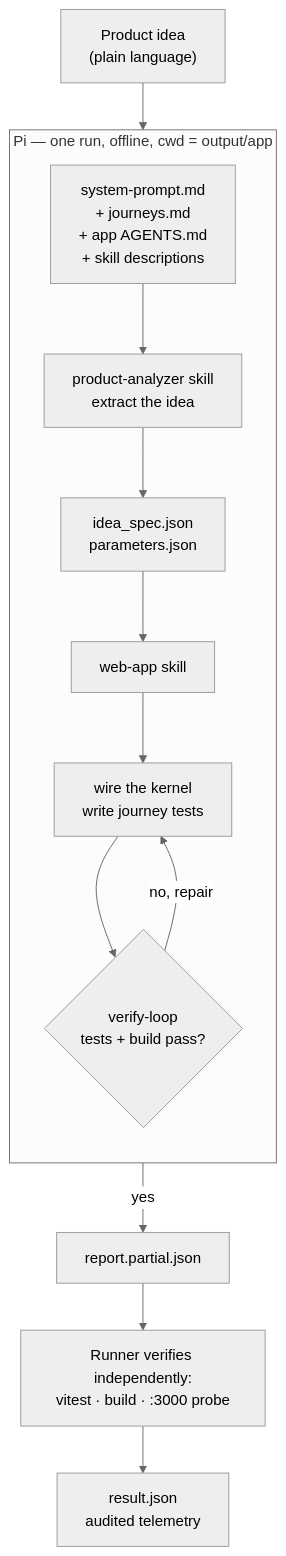
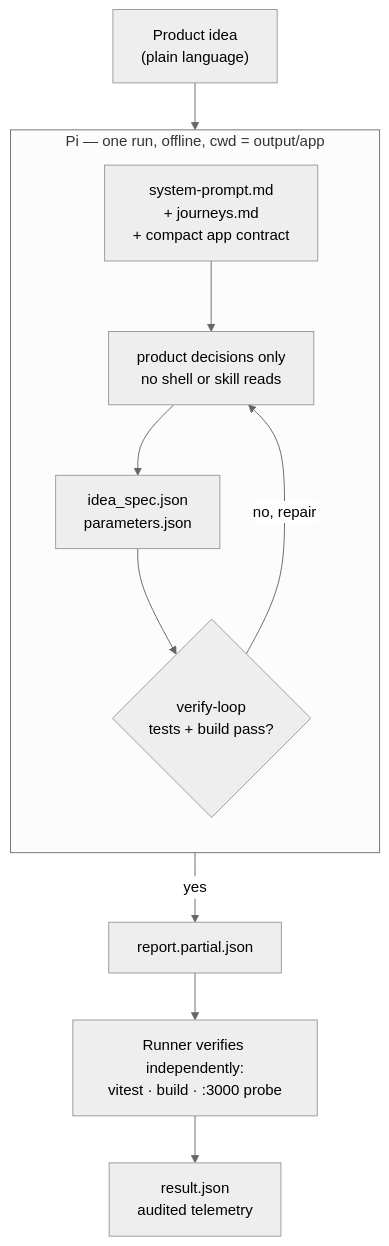
One commit to markus-marandi/agentcofounder changed the diagram in README.md. Above: the diagram before and after it, drawn with Mermaid (neutral theme). The commit also changed other lines of this file and 5 other files, not shown here.

````diff
--- a/README.md
+++ b/README.md
@@ -18,21 +18,19 @@
 ```mermaid
 flowchart TD
     idea["Product idea<br/>(plain language)"] --> pi
 
     subgraph pi["Pi — one run, offline, cwd = output/app"]
         direction TB
-        prompt["system-prompt.md<br/>+ journeys.md<br/>+ app AGENTS.md<br/>+ skill descriptions"]
-        analyzer["product-analyzer skill<br/>extract the idea"]
+        prompt["system-prompt.md<br/>+ journeys.md<br/>+ compact app contract"]
+        decisions["product decisions only<br/>no shell or skill reads"]
         spec["idea_spec.json<br/>parameters.json"]
-        route["web-app skill"]
-        build["wire the kernel<br/>write journey tests"]
         loop{"verify-loop<br/>tests + build pass?"}
 
-        prompt --> analyzer --> spec --> route --> build --> loop
-        loop -- "no, repair" --> build
+        prompt --> decisions --> spec --> loop
+        loop -- "no, repair" --> decisions
     end
 
     loop -- yes --> report["report.partial.json"]
     report --> runner["Runner verifies independently:<br/>vitest · build · :3000 probe"]
     runner --> result["result.json<br/>audited telemetry"]
 ```
````
